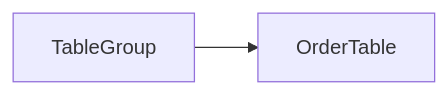
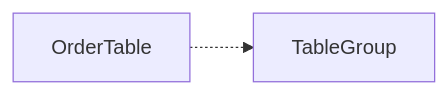
Before and after one commit to woowacourse/jwp-refactoring: diagram 14 of 14 in README.md, drawn with Mermaid. The commit also changed other lines of this file and 15 other files, not shown here.

Commit message:
refactor: OrderTable -> TableGroup 양방향 직접 참조에서 단방향 간접 참조로 변경

````diff
--- a/README.md
+++ b/README.md
@@ -163,4 +163,4 @@
   ```mermaid
   graph LR
-    TableGroup --> OrderTable
+    OrderTable -.-> TableGroup
   ```
````
